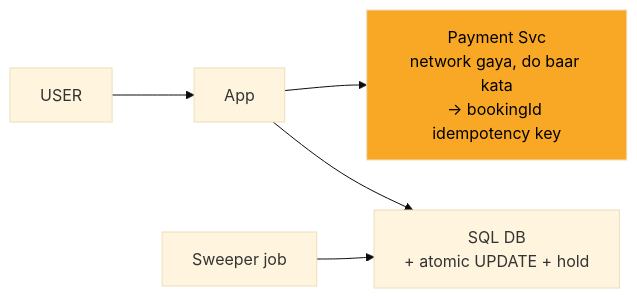
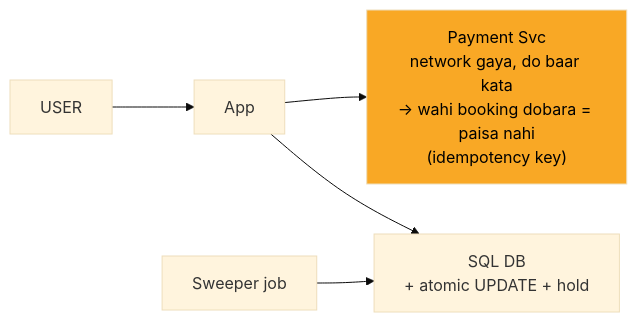
One commit to ArpanMaheshwari144/Prep changed the fourth of 9 diagrams in 04_HLD/SYSTEM_DESIGNS/09_bookmyshow/09_bookmyshow_INTERVIEW.md. Above: the diagram before and after it, drawn with Mermaid (base theme). The commit also changed other lines of this file and 13 other files, not shown here.

````diff
--- a/04_HLD/SYSTEM_DESIGNS/09_bookmyshow/09_bookmyshow_INTERVIEW.md
+++ b/04_HLD/SYSTEM_DESIGNS/09_bookmyshow/09_bookmyshow_INTERVIEW.md
@@ -151,13 +151,13 @@
 ```mermaid
 flowchart LR
     n_USER["USER"]
     n_App["App"]
-    n_Payment_Svc["Payment Svc<br/>network gaya, do baar kata<br/>-> bookingId idempotency key"]
+    n_Payment_Svc["Payment Svc<br/>network gaya, do baar kata<br/>-> wahi booking dobara = paisa nahi<br/>(idempotency key)"]
     n_SQL_DB["SQL DB<br/>+ atomic UPDATE + hold"]
     n_Sweeper_job["Sweeper job"]
     n_USER --> n_App
     n_App --> n_Payment_Svc
     n_App --> n_SQL_DB
     n_Sweeper_job --> n_SQL_DB
     style n_Payment_Svc fill:#f9a825,color:#000
 ```
````
